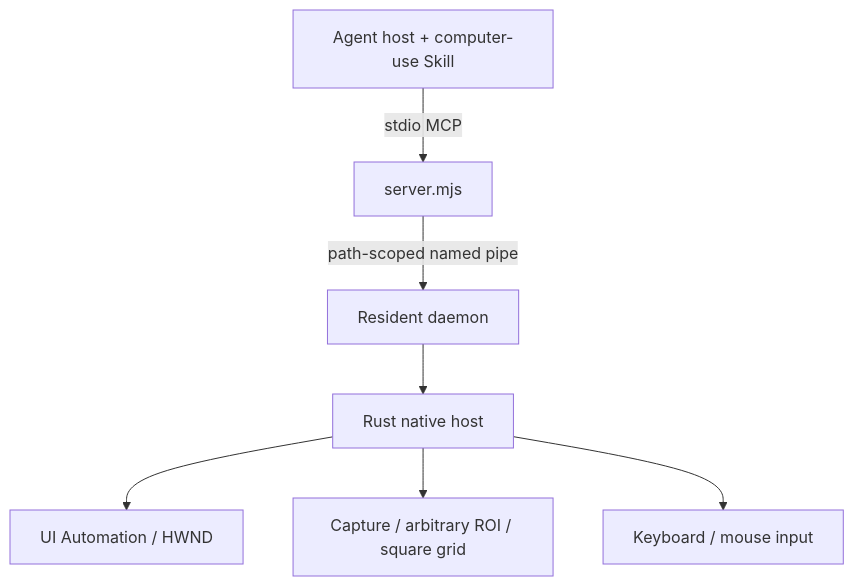
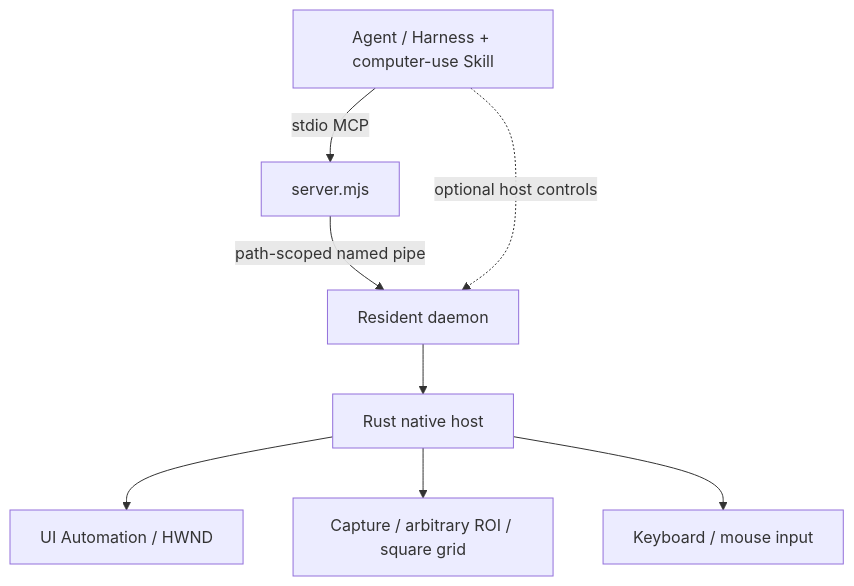
One commit to Guojiz/FastCUA changed the diagram in README.md. Above: the diagram before and after it, drawn with Mermaid. The commit also changed other lines of this file, not shown here.

Commit message:
docs: clarify headless host-neutral FastCUA architecture

````diff
--- a/README.md
+++ b/README.md
@@ -299,9 +333,10 @@
 ```mermaid
 flowchart TB
-  A["Agent host + computer-use Skill"] -->|"stdio MCP"| B["server.mjs"]
+  A["Agent / Harness + computer-use Skill"] -->|"stdio MCP"| B["server.mjs"]
   B -->|"path-scoped named pipe"| C["Resident daemon"]
   C --> D["Rust native host"]
   D --> E["UI Automation / HWND"]
   D --> F["Capture / arbitrary ROI / square grid"]
   D --> G["Keyboard / mouse input"]
+  A -. optional host controls .-> C
 ```
````
